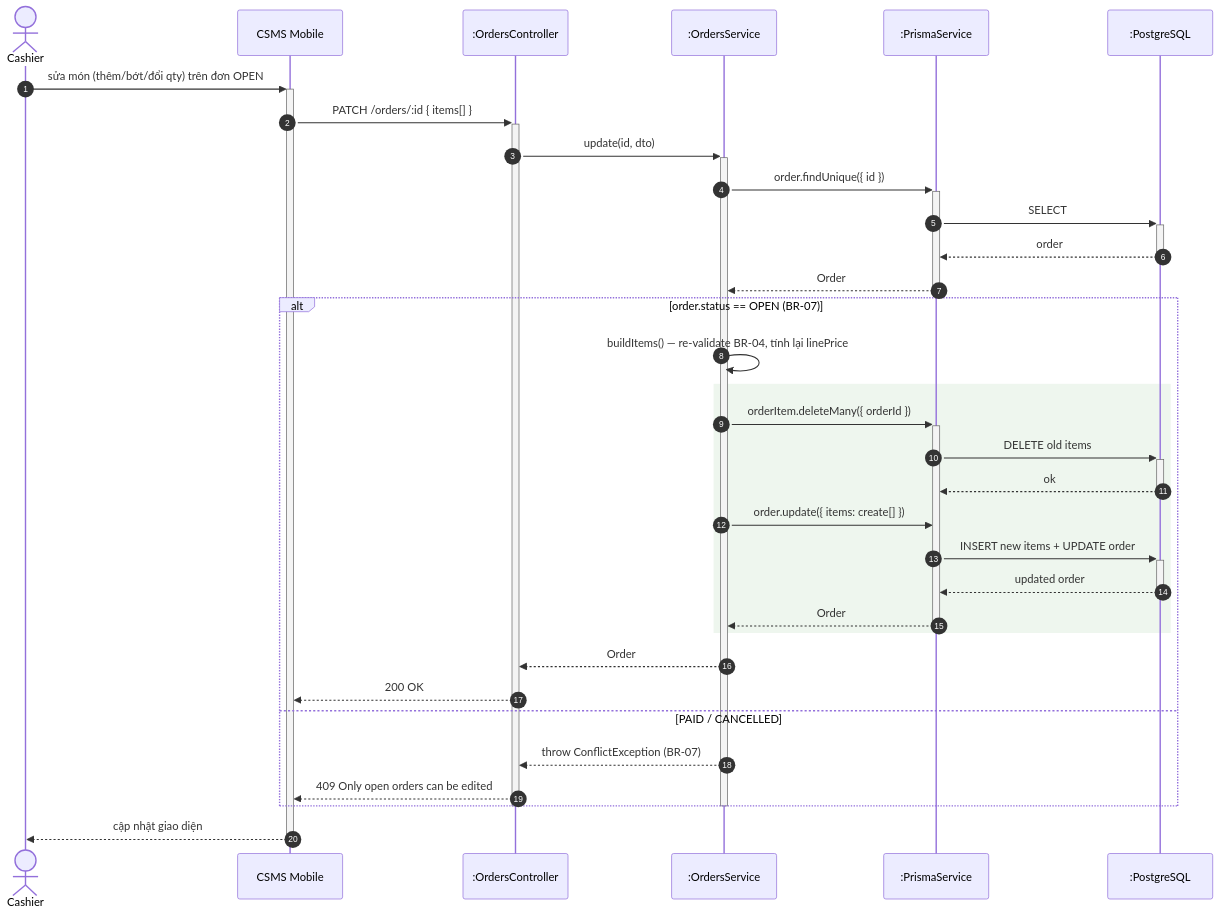
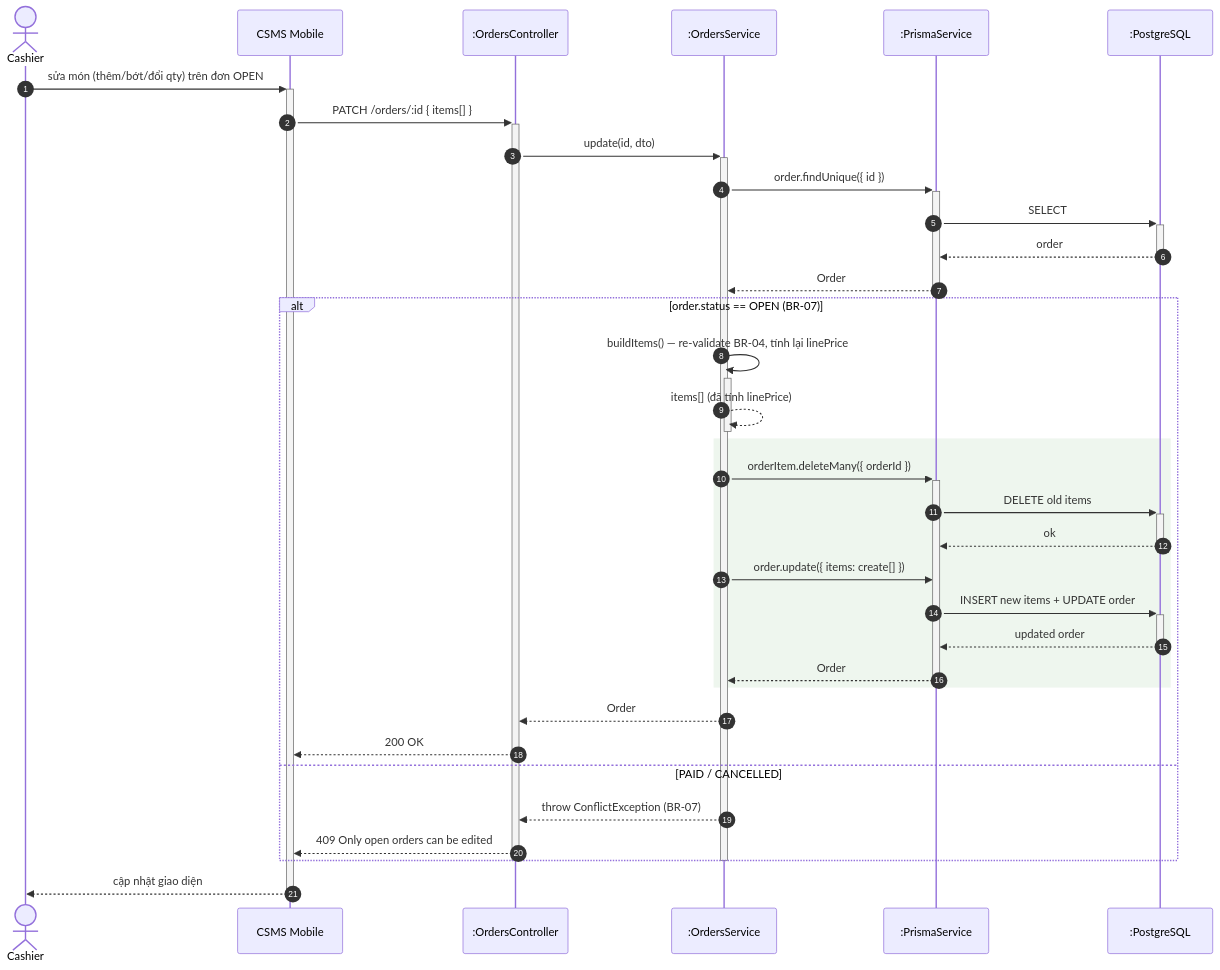
The fifth of 17 diagrams in docs/sequence-diagrams.md (callmehai/Cafe-Shop-Management-System), drawn with Mermaid before and after one commit. The commit also changed other lines of this file and 2 other files, not shown here.

Commit message:
docs: add class diagrams, sequence diagrams, and system requirement specification for CSMS

````diff
--- a/docs/sequence-diagrams.md
+++ b/docs/sequence-diagrams.md
@@ -255,39 +261,40 @@
 ```mermaid
 sequenceDiagram
     autonumber
     actor C as Cashier
     participant App as CSMS Mobile
     participant API as :OrdersController
     participant SVC as :OrdersService
     participant ORM as :PrismaService
     participant DB as :PostgreSQL
 
     C->>+App: sửa món (thêm/bớt/đổi qty) trên đơn OPEN
     App->>+API: PATCH /orders/:id { items[] }
     API->>+SVC: update(id, dto)
     SVC->>+ORM: order.findUnique({ id })
     ORM->>+DB: SELECT
     DB-->>-ORM: order
     ORM-->>-SVC: Order
 
     alt order.status == OPEN (BR-07)
-        SVC->>SVC: buildItems() — re-validate BR-04, tính lại linePrice
+        SVC->>+SVC: buildItems() — re-validate BR-04, tính lại linePrice
+        SVC-->>-SVC: items[] (đã tính linePrice)
         rect rgb(238,246,238)
             SVC->>+ORM: orderItem.deleteMany({ orderId })
             ORM->>+DB: DELETE old items
             DB-->>-ORM: ok
             SVC->>ORM: order.update({ items: create[] })
             ORM->>+DB: INSERT new items + UPDATE order
             DB-->>-ORM: updated order
             ORM-->>-SVC: Order
         end
         SVC-->>API: Order
         API-->>App: 200 OK
     else PAID / CANCELLED
         SVC-->>API: throw ConflictException (BR-07)
         API-->>App: 409 Only open orders can be edited
     end
     deactivate SVC
     deactivate API
     App-->>-C: cập nhật giao diện
 ```
````
